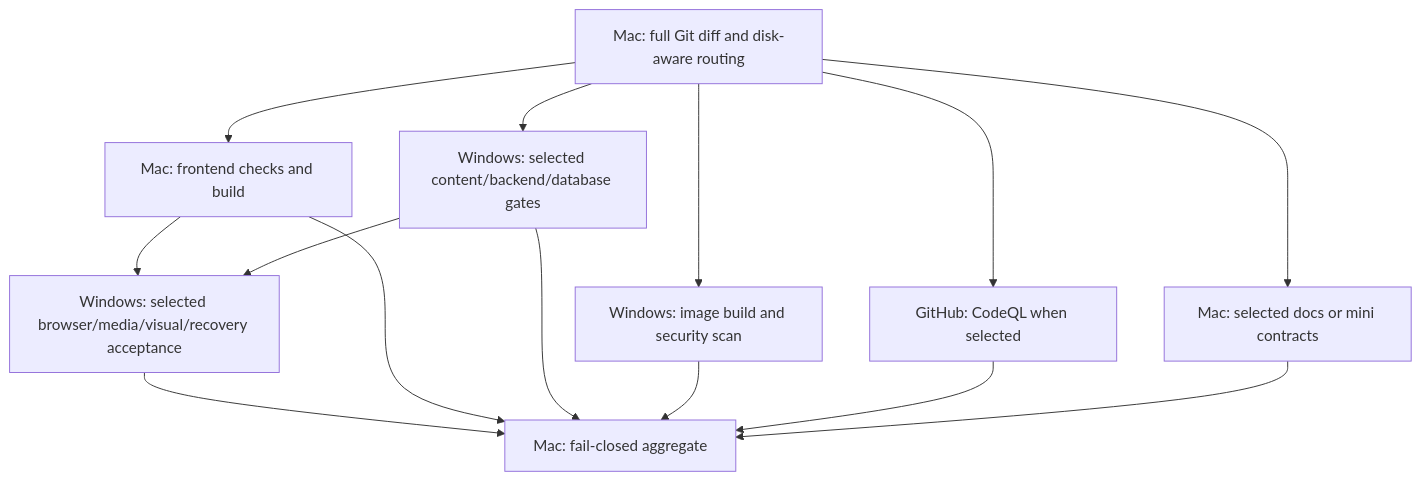
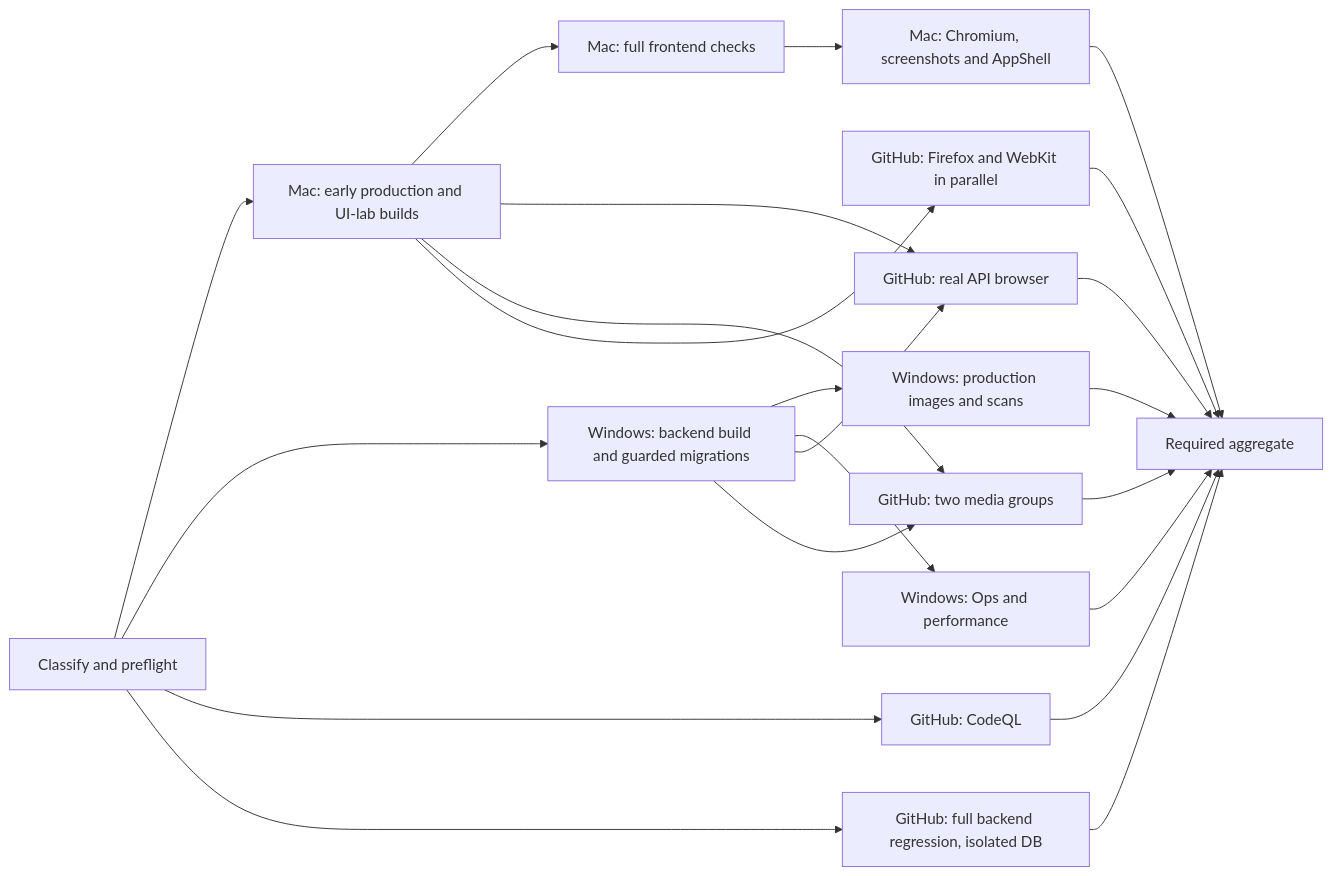
One commit to caohuibj/eduK12-new-version changed the diagram in docs/ci-runner-policy.md. Above: the diagram before and after it, drawn with Mermaid. The commit also changed other lines of this file and 33 other files, not shown here.

Commit message:
ci: release builds early and parallelize scenario validation across three runners

````diff
--- a/docs/ci-runner-policy.md
+++ b/docs/ci-runner-policy.md
@@ -14,16 +34,24 @@
 ```mermaid
-flowchart TD
-  S[Mac: full Git diff and disk-aware routing] --> M[Mac: frontend checks and build]
-  S --> W[Windows: selected content/backend/database gates]
-  S --> Q[GitHub: CodeQL when selected]
-  S --> D[Windows: image build and security scan]
-  S --> L[Mac: selected docs or mini contracts]
-  M --> A[Windows: selected browser/media/visual/recovery acceptance]
-  W --> A
-  A --> G[Mac: fail-closed aggregate]
-  M --> G
-  W --> G
-  D --> G
+flowchart LR
+  S[Classify and preflight] --> FB[Mac: early production and UI-lab builds]
+  FB --> FC[Mac: full frontend checks]
+  FC --> UI[Mac: Chromium, screenshots and AppShell]
+  S --> BB[Windows: backend build and guarded migrations]
+  BB --> IM[Windows: production images and scans]
+  BB --> OP[Windows: Ops and performance]
+  S --> Q[GitHub: CodeQL]
+  S --> R[GitHub: full backend regression, isolated DB]
+  FB --> API[GitHub: real API browser]
+  BB --> API
+  FB --> ME[GitHub: two media groups]
+  BB --> ME
+  FB --> FF[GitHub: Firefox and WebKit in parallel]
+  UI --> G[Required aggregate]
+  IM --> G
+  OP --> G
   Q --> G
-  L --> G
+  R --> G
+  API --> G
+  ME --> G
+  FF --> G
 ```
````
